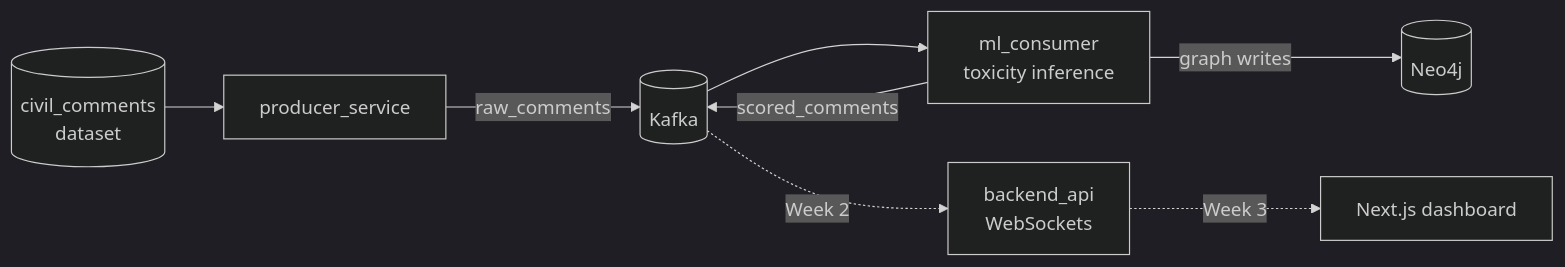
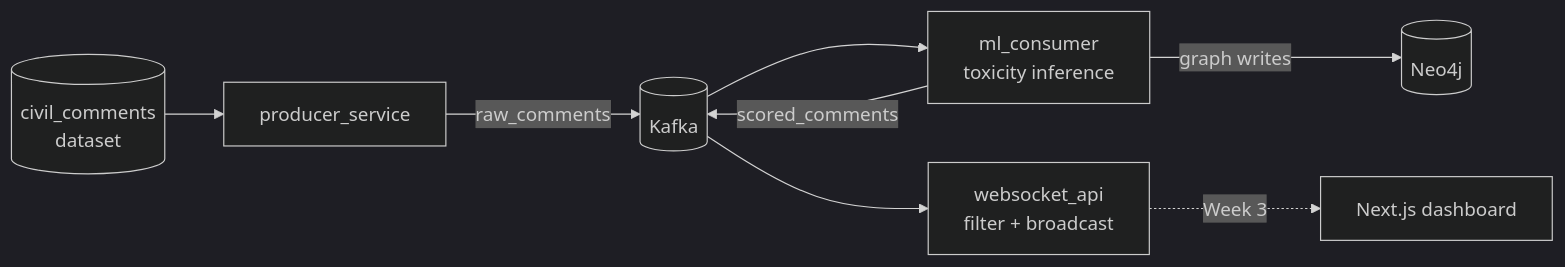
The diagram in docs/index.md (mj-weshh/realtime-moderation-engine), drawn with Mermaid (dark theme) before and after one commit. The commit also changed other lines of this file and 8 other files, not shown here.

Commit message:
docs: document websocket_api backend and complete Week 2 pipeline

````diff
--- a/docs/index.md
+++ b/docs/index.md
@@ -19,19 +10,10 @@
 ```mermaid
-
 flowchart LR
-
     dataset[("civil_comments<br/>dataset")] --> producer[producer_service]
-
     producer -- "raw_comments" --> kafka[(Kafka)]
-
     kafka --> consumer[ml_consumer<br/>toxicity inference]
-
     consumer -- "graph writes" --> neo4j[(Neo4j)]
-
     consumer -- "scored_comments" --> kafka
-
-    kafka -. "Week 2" .-> ws[backend_api<br/>WebSockets]
-
+    kafka --> ws[websocket_api<br/>filter + broadcast]
     ws -. "Week 3" .-> ui[Next.js dashboard]
-
 ```
````
